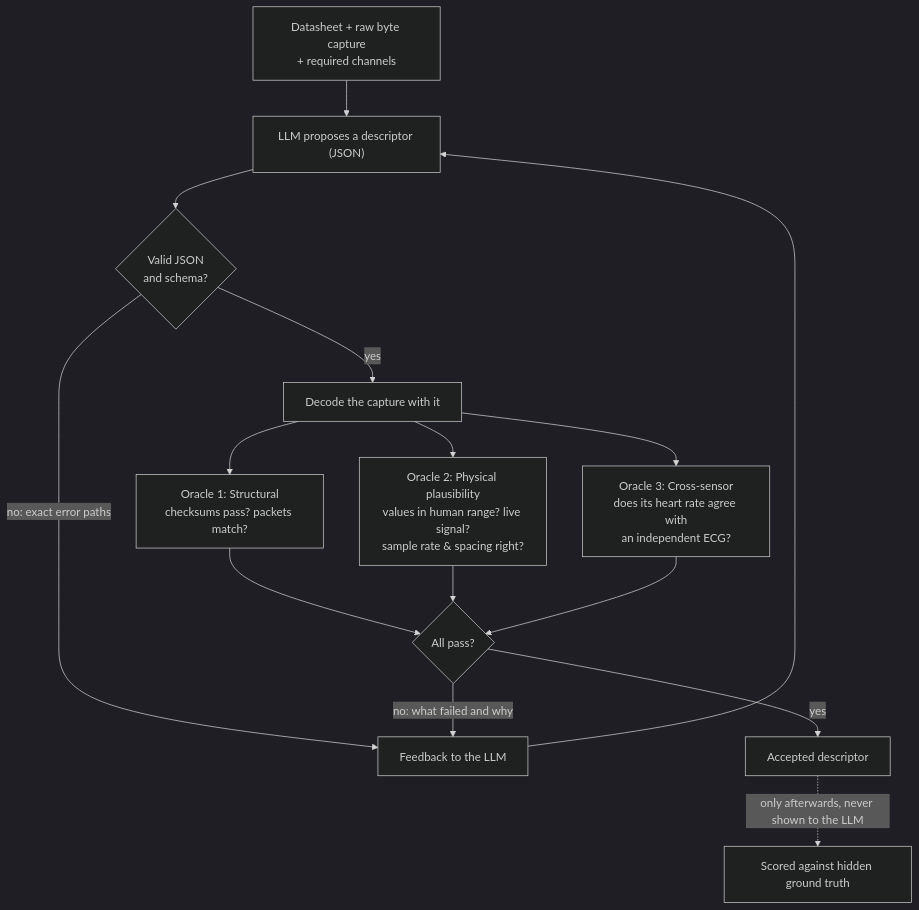
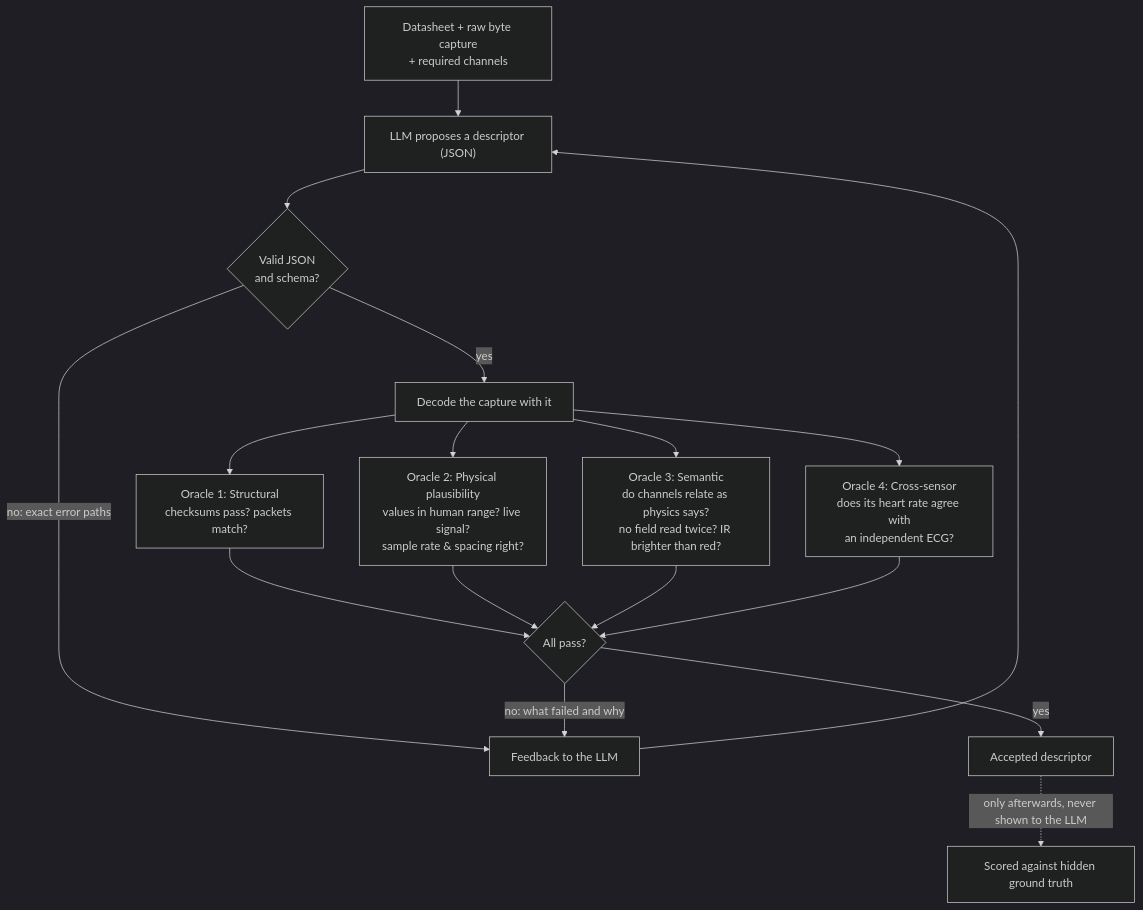
The eighth of 9 diagrams in README.md (bibek198/biobridge-gateway), drawn with Mermaid (dark theme) before and after one commit. The commit also changed other lines of this file and 53 other files, not shown here.

````diff
--- a/README.md
+++ b/README.md
@@ -323,17 +323,19 @@
 ```mermaid
 flowchart TB
     IN["Datasheet + raw byte capture<br/>+ required channels"] --> LLM["LLM proposes a descriptor (JSON)"]
     LLM --> VAL{"Valid JSON<br/>and schema?"}
     VAL -->|no: exact error paths| FB["Feedback to the LLM"]
     VAL -->|yes| RUN["Decode the capture with it"]
     RUN --> O1["Oracle 1: Structural<br/>checksums pass? packets match?"]
     RUN --> O2["Oracle 2: Physical plausibility<br/>values in human range? live signal?<br/>sample rate & spacing right?"]
-    RUN --> O3["Oracle 3: Cross-sensor<br/>does its heart rate agree with<br/>an independent ECG?"]
+    RUN --> O3["Oracle 3: Semantic<br/>do channels relate as physics says?<br/>no field read twice? IR brighter than red?"]
+    RUN --> O4["Oracle 4: Cross-sensor<br/>does its heart rate agree with<br/>an independent ECG?"]
     O1 --> J{"All pass?"}
     O2 --> J
     O3 --> J
+    O4 --> J
     J -->|no: what failed and why| FB
     FB --> LLM
     J -->|yes| ACC["Accepted descriptor"]
     ACC -.->|only afterwards, never shown to the LLM| SC["Scored against hidden ground truth"]
 ```
````
